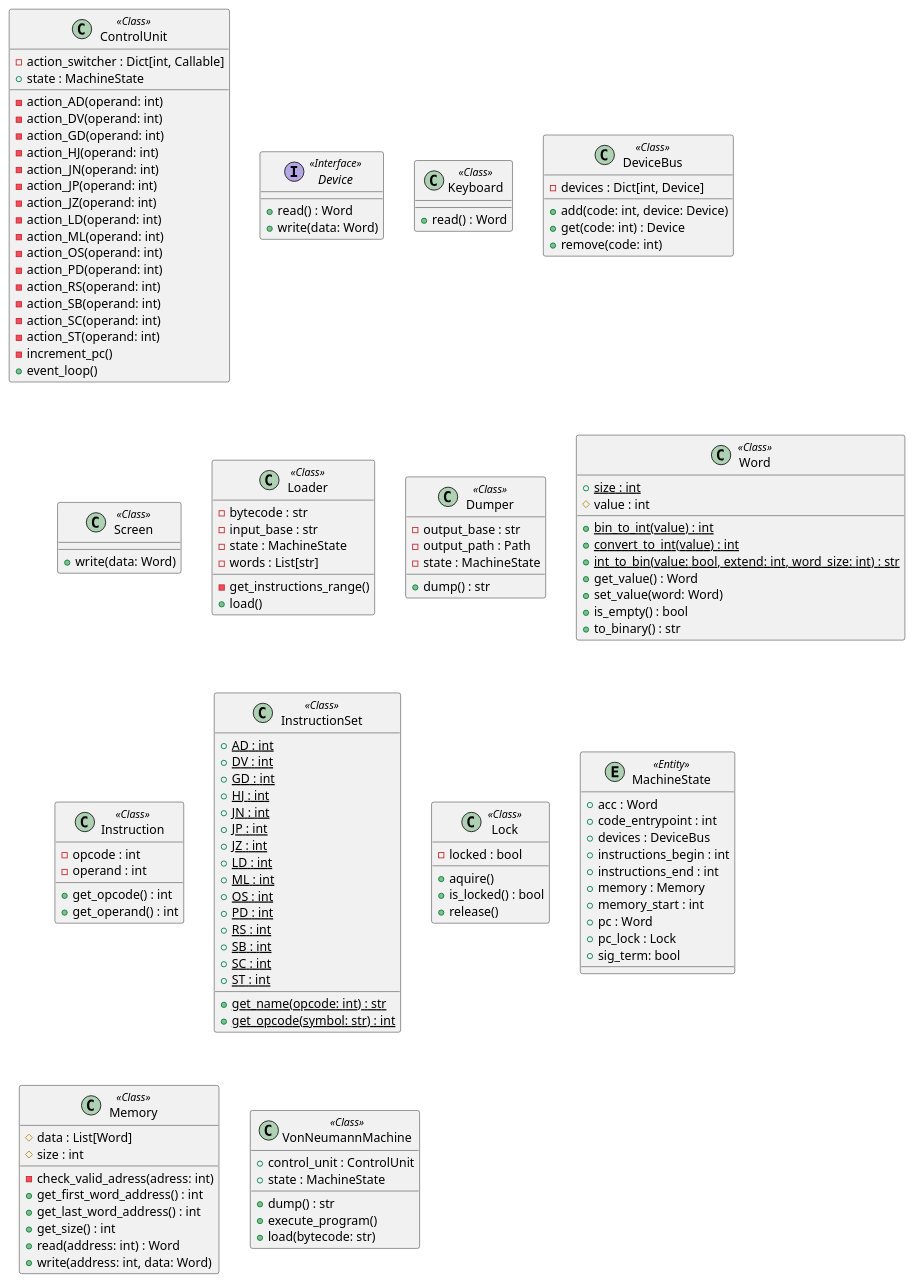
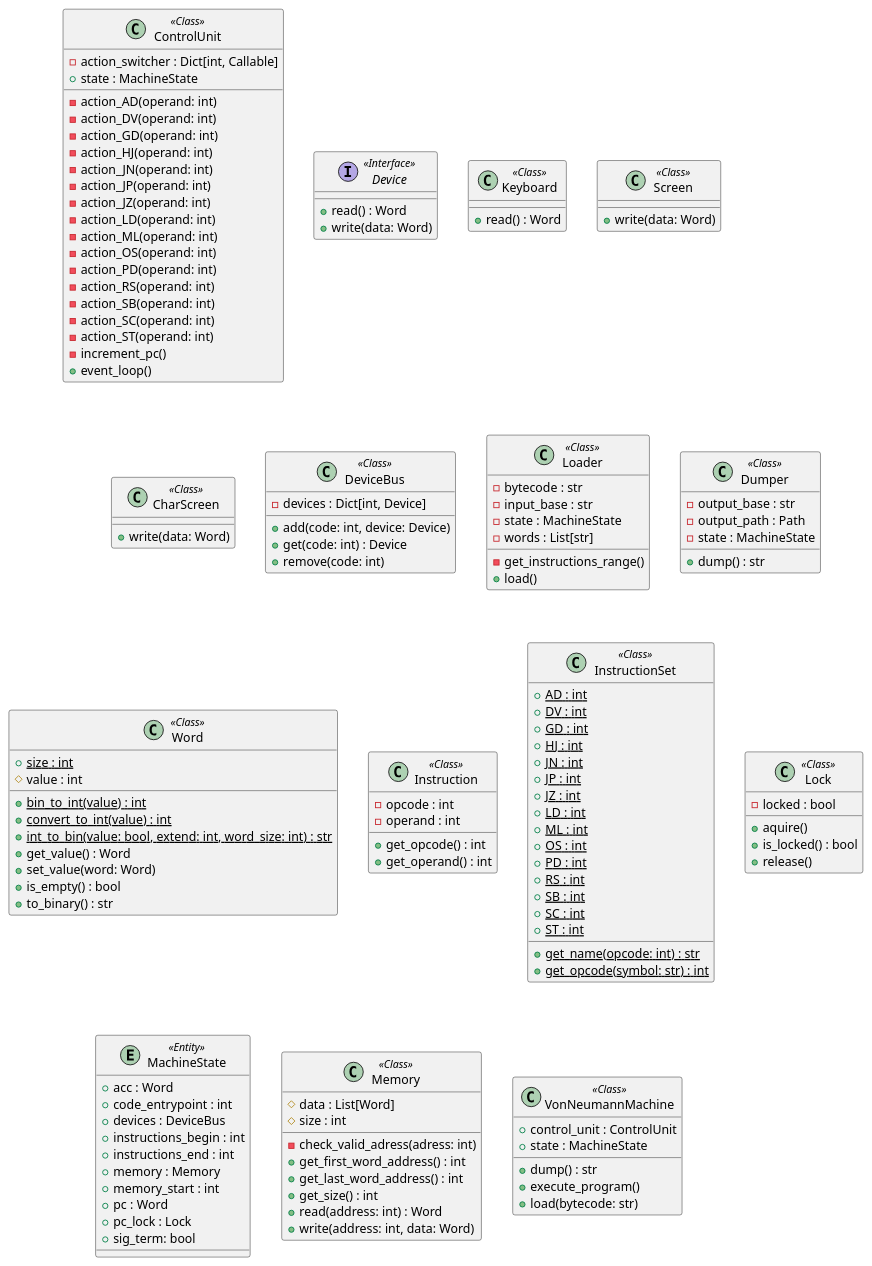
One commit to nmcardoso/von-neumann-machine changed the diagram in uml/classes.iuml. Above: the diagram before and after it, drawn with PlantUML. The commit also changed 4 other files, not shown here.

Commit message:
atualização dos diagramas com a nova estrutura

```diff
--- a/uml/classes.iuml
+++ b/uml/classes.iuml
@@ -1,179 +1,188 @@
 @startuml classes
 set namespaceSeparator none
 
 ''''''''''''''''''''''''''''''''''''''''''''''
 '''''''''''''' PACKAGE: CONTROL ''''''''''''''
 ''''''''''''''''''''''''''''''''''''''''''''''
 
 class "ControlUnit" as pyvnm.vm.control.ControlUnit <<Class>> {
   -action_switcher : Dict[int, Callable]
   +state : MachineState
   -action_AD(operand: int)
   -action_DV(operand: int)
   -action_GD(operand: int)
   -action_HJ(operand: int)
   -action_JN(operand: int)
   -action_JP(operand: int)
   -action_JZ(operand: int)
   -action_LD(operand: int)
   -action_ML(operand: int)
   -action_OS(operand: int)
   -action_PD(operand: int)
   -action_RS(operand: int)
   -action_SB(operand: int)
   -action_SC(operand: int)
   -action_ST(operand: int)
   -increment_pc()
   +event_loop()
 }
 
 
 '''''''''''''''''''''''''''''''''''''''''''''
 '''''''''''''' PACKAGE: DEVICE ''''''''''''''
 '''''''''''''''''''''''''''''''''''''''''''''
 
 interface "Device" as pyvnm.vm.device.Device <<Interface>> {
   +read() : Word
   +write(data: Word)
 }
 
 class "Keyboard" as pyvnm.vm.device.Keyboard <<Class>> {
   +read() : Word
 }
 
+class "Screen" as pyvnm.vm.device.Screen <<Class>> {
+  +write(data: Word)
+}
+
+class "CharScreen" as pyvnm.vm.device.CharScreen <<Class>> {
+  +write(data: Word)
+}
+
 class "DeviceBus" as pyvnm.vm.device.DeviceBus <<Class>> {
   -devices : Dict[int, Device]
   +add(code: int, device: Device)
   +get(code: int) : Device 
   +remove(code: int)
 }
 
-class "Screen" as pyvnm.vm.device.Screen <<Class>> {
-  +write(data: Word)
-}
 
+'''''''''''''''''''''''''''''''''''''''''''''
+'''''''''''''' PACKAGE: LOADER ''''''''''''''
+'''''''''''''''''''''''''''''''''''''''''''''
 
-'''''''''''''''''''''''''''''''''''''''''
-'''''''''''''' PACKAGE: IO ''''''''''''''
-'''''''''''''''''''''''''''''''''''''''''
-
-class "Loader" as pyvnm.vm.io.Loader <<Class>> {
+class "Loader" as pyvnm.system.loader.Loader <<Class>> {
   -bytecode : str
   -input_base : str
   -state : MachineState
   -words : List[str]
   -get_instructions_range()
   +load()
 }
 
-class "Dumper" as pyvnm.vm.io.Dumper <<Class>> {
+
+'''''''''''''''''''''''''''''''''''''''''''''
+'''''''''''''' PACKAGE: DUMPER ''''''''''''''
+'''''''''''''''''''''''''''''''''''''''''''''
+
+class "Dumper" as pyvnm.system.loader.Dumper <<Class>> {
   -output_base : str
   -output_path : Path
   -state : MachineState
   +dump() : str
 }
 
 
 ''''''''''''''''''''''''''''''''''''''''''
 '''''''''''''' PACKAGE: ISA ''''''''''''''
 ''''''''''''''''''''''''''''''''''''''''''
 
 class "Word" as pyvnm.vm.isa.Word <<Class>> {
   +{static}size : int
   #value : int
   +{static}bin_to_int(value) : int
   +{static}convert_to_int(value) : int
   +{static}int_to_bin(value: bool, extend: int, word_size: int) : str
   +get_value() : Word
   +set_value(word: Word)
   +is_empty() : bool
   +to_binary() : str
 }
 
 class "Instruction" as pyvnm.vm.isa.Instruction <<Class>> {
   -opcode : int
   -operand : int
   +get_opcode() : int
   +get_operand() : int
   ' +{static}build(opcode: int, operand: int) : Instruction
 }
 
 class "InstructionSet" as pyvnm.vm.isa.InstructionSet <<Class>> {
   +{static}AD : int
   +{static}DV : int
   +{static}GD : int
   +{static}HJ : int
   +{static}JN : int
   +{static}JP : int
   +{static}JZ : int
   +{static}LD : int
   +{static}ML : int
   +{static}OS : int
   +{static}PD : int
   +{static}RS : int
   +{static}SB : int
   +{static}SC : int
   +{static}ST : int
   +{static}get_name(opcode: int) : str
   +{static}get_opcode(symbol: str) : int
 }
 
 
 '''''''''''''''''''''''''''''''''''''''''''''
 '''''''''''''' PACKAGE: UTILS '''''''''''''''
 '''''''''''''''''''''''''''''''''''''''''''''
 
 class "Lock" as pyvnm.vm.utils.Lock <<Class>> {
   -locked : bool
   +aquire()
   +is_locked() : bool
   +release()
 }
 
 
 ''''''''''''''''''''''''''''''''''''''''''''
 '''''''''''''' PACKAGE: STATE ''''''''''''''
 ''''''''''''''''''''''''''''''''''''''''''''
 
 entity "MachineState" as pyvnm.vm.state.MachineState <<Entity>> {
   +acc : Word
   +code_entrypoint : int
   +devices : DeviceBus
   +instructions_begin : int
   +instructions_end : int
   +memory : Memory
   +memory_start : int
   +pc : Word
   +pc_lock : Lock
   +sig_term: bool
 }
 
 
 '''''''''''''''''''''''''''''''''''''''''''''
 '''''''''''''' PACKAGE: MEMORY ''''''''''''''
 '''''''''''''''''''''''''''''''''''''''''''''
 
 class "Memory" as pyvnm.vm.memory.Memory <<Class>> {
   #data : List[Word]
   #size : int
   -check_valid_adress(adress: int)
   +get_first_word_address() : int
   +get_last_word_address() : int
   +get_size() : int
   +read(address: int) : Word
   +write(address: int, data: Word)
 }
 
 
 ''''''''''''''''''''''''''''''''''''''''''
 '''''''''''''' PACKAGE: VNM ''''''''''''''
 ''''''''''''''''''''''''''''''''''''''''''
 
 class "VonNeumannMachine" as pyvnm.vm.vnm.VonNeumannMachine <<Class>> {
   +control_unit : ControlUnit
   +state : MachineState
   +dump() : str
   +execute_program()
   +load(bytecode: str)
 }
 @enduml
```
